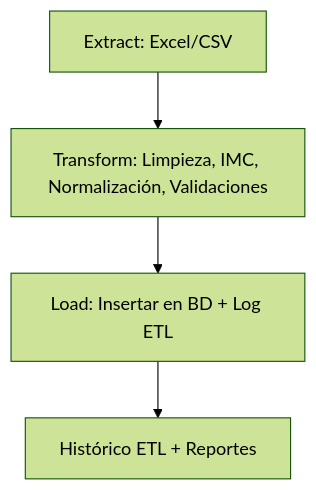
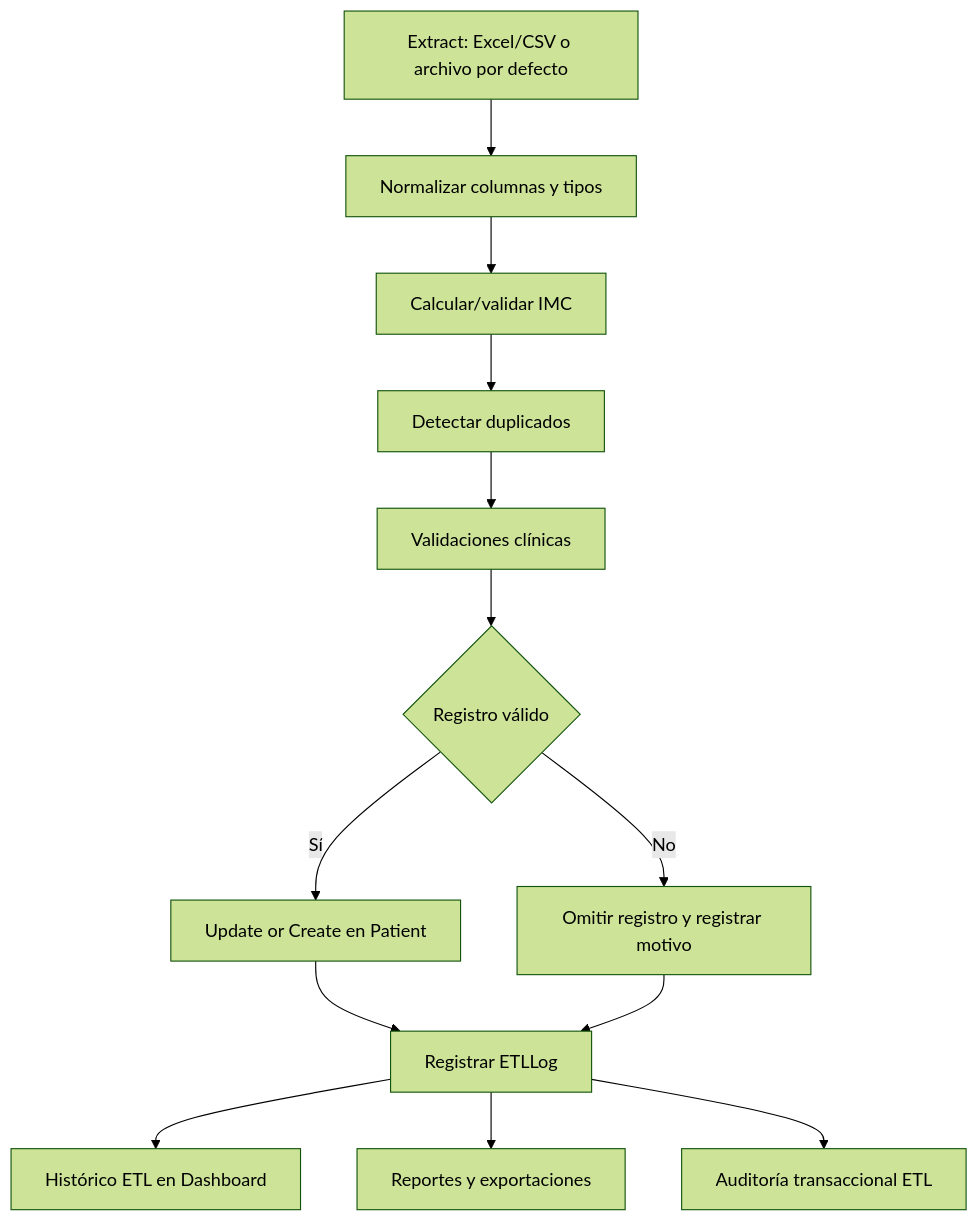
The diagram in docs/diagrams/flujo_etl.md (BrachoDB/ETL-HealthAnalyticsIPS), drawn with Mermaid (forest theme) before and after one commit. The commit also changed 9 other files, not shown here.

````diff
--- a/docs/diagrams/flujo_etl.md
+++ b/docs/diagrams/flujo_etl.md
@@ -1,6 +1,15 @@
 ```mermaid
 flowchart TD
-    A[Extract: Excel/CSV] --> B[Transform: Limpieza, IMC, Normalización, Validaciones]
-    B --> C[Load: Insertar en BD + Log ETL]
-    C --> D[Histórico ETL + Reportes]
+    A[Extract: Excel/CSV o archivo por defecto] --> B[Normalizar columnas y tipos]
+    B --> C[Calcular/validar IMC]
+    C --> D[Detectar duplicados]
+    D --> E[Validaciones clínicas]
+    E --> F{Registro válido}
+    F -->|Sí| G[Update or Create en Patient]
+    F -->|No| H[Omitir registro y registrar motivo]
+    G --> I[Registrar ETLLog]
+    H --> I
+    I --> J[Histórico ETL en Dashboard]
+    I --> K[Reportes y exportaciones]
+    I --> L[Auditoría transaccional ETL]
 ```
````
